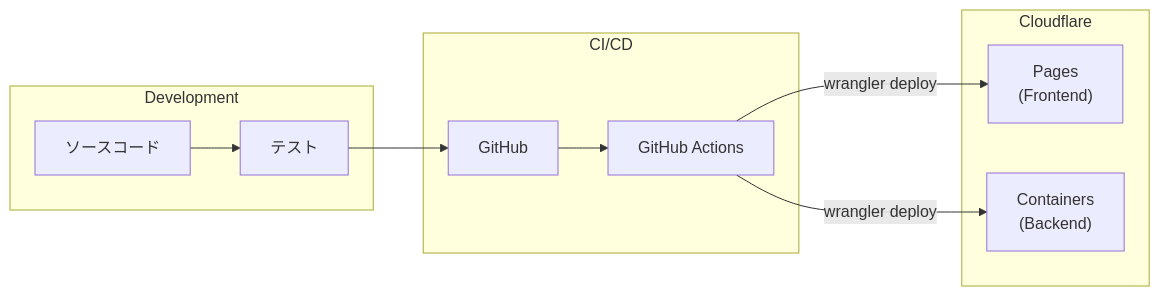
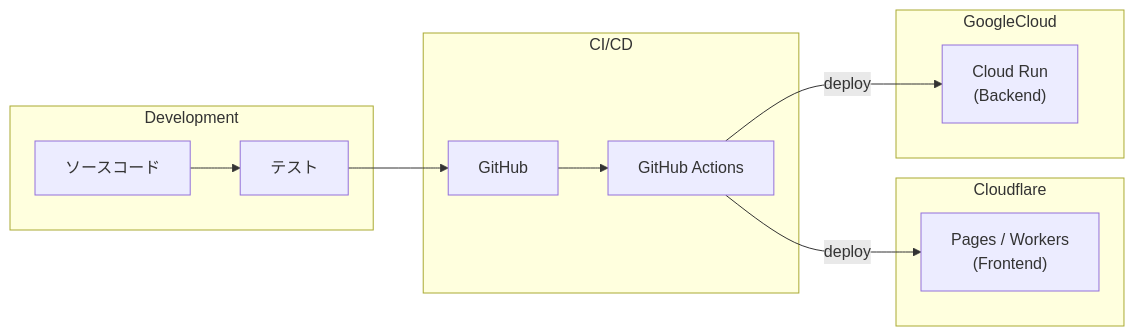
One commit to yasudaProduct/cinetag changed the third of 3 diagrams in docs/infrastructure-configuration.md. Above: the diagram before and after it, drawn with Mermaid. The commit also changed other lines of this file and 4 other files, not shown here.

````diff
--- a/docs/infrastructure-configuration.md
+++ b/docs/infrastructure-configuration.md
@@ -295,23 +255,26 @@
 ```mermaid
 flowchart LR
     subgraph Development
         Code["ソースコード"]
         Test["テスト"]
     end
     
     subgraph CI/CD
         GitHub["GitHub"]
         Actions["GitHub Actions"]
     end
     
     subgraph Cloudflare
-        Pages["Pages<br/>(Frontend)"]
-        Containers["Containers<br/>(Backend)"]
+        Pages["Pages / Workers<br/>(Frontend)"]
+    end
+
+    subgraph GoogleCloud
+        CloudRun["Cloud Run<br/>(Backend)"]
     end
     
     Code --> Test
     Test --> GitHub
     GitHub --> Actions
-    Actions -->|wrangler deploy| Pages
-    Actions -->|wrangler deploy| Containers
+    Actions -->|deploy| Pages
+    Actions -->|deploy| CloudRun
 ```
````
